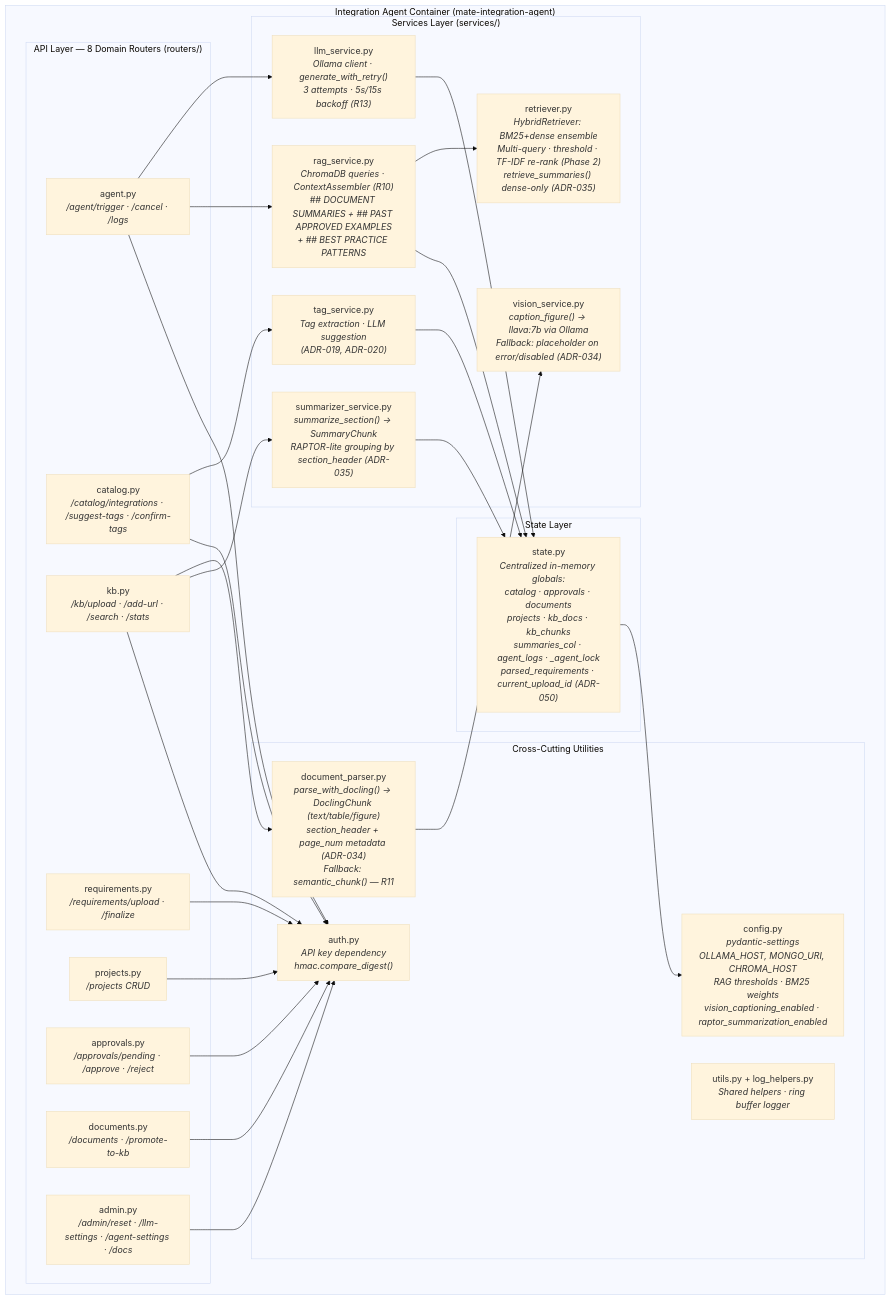
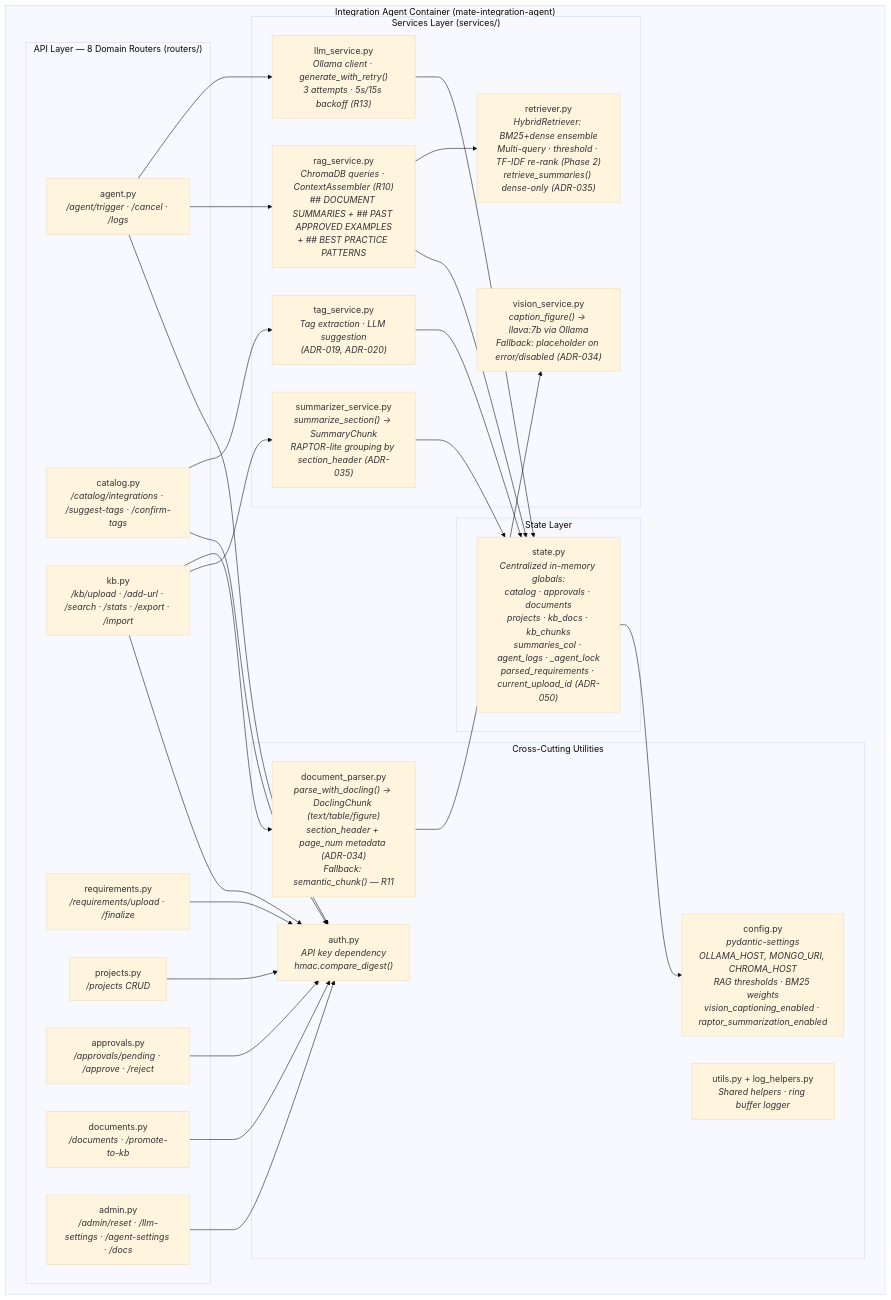
One commit to emigritti/mate-poc changed the third of 23 diagrams in docs/architecture_specification.md. Above: the diagram before and after it, drawn with Mermaid (base theme). The commit also changed other lines of this file and 8 other files, not shown here.

First line of the commit message:
feat(adr-051): add KB export/import with source-type filtering

````diff
--- a/docs/architecture_specification.md
+++ b/docs/architecture_specification.md
@@ -226,48 +226,48 @@
 ```mermaid
 graph TB
     subgraph agent_container["Integration Agent Container (mate-integration-agent)"]
 
         subgraph api_layer["API Layer — 8 Domain Routers (routers/)"]
             r_agent["agent.py<br/><i>/agent/trigger · /cancel · /logs</i>"]
             r_req["requirements.py<br/><i>/requirements/upload · /finalize</i>"]
             r_proj["projects.py<br/><i>/projects CRUD</i>"]
             r_cat["catalog.py<br/><i>/catalog/integrations · /suggest-tags · /confirm-tags</i>"]
             r_appr["approvals.py<br/><i>/approvals/pending · /approve · /reject</i>"]
             r_docs["documents.py<br/><i>/documents · /promote-to-kb</i>"]
-            r_kb["kb.py<br/><i>/kb/upload · /add-url · /search · /stats</i>"]
+            r_kb["kb.py<br/><i>/kb/upload · /add-url · /search · /stats · /export · /import</i>"]
             r_admin["admin.py<br/><i>/admin/reset · /llm-settings · /agent-settings · /docs</i>"]
         end
 
         subgraph svc_layer["Services Layer (services/)"]
             llm_svc["llm_service.py<br/><i>Ollama client · generate_with_retry()<br/>3 attempts · 5s/15s backoff (R13)</i>"]
             rag_svc["rag_service.py<br/><i>ChromaDB queries · ContextAssembler (R10)<br/>## DOCUMENT SUMMARIES + ## PAST APPROVED EXAMPLES<br/>+ ## BEST PRACTICE PATTERNS</i>"]
             tag_svc["tag_service.py<br/><i>Tag extraction · LLM suggestion<br/>(ADR-019, ADR-020)</i>"]
             retriever["retriever.py<br/><i>HybridRetriever: BM25+dense ensemble<br/>Multi-query · threshold · TF-IDF re-rank (Phase 2)<br/>retrieve_summaries() dense-only (ADR-035)</i>"]
             vision_svc["vision_service.py<br/><i>caption_figure() → llava:7b via Ollama<br/>Fallback: placeholder on error/disabled (ADR-034)</i>"]
             summarizer_svc["summarizer_service.py<br/><i>summarize_section() → SummaryChunk<br/>RAPTOR-lite grouping by section_header (ADR-035)</i>"]
         end
 
         subgraph state_layer["State Layer"]
             state["state.py<br/><i>Centralized in-memory globals:<br/>catalog · approvals · documents<br/>projects · kb_docs · kb_chunks<br/>summaries_col · agent_logs · _agent_lock<br/>parsed_requirements · current_upload_id (ADR-050)</i>"]
         end
 
         subgraph cross_cut["Cross-Cutting Utilities"]
             auth["auth.py<br/><i>API key dependency<br/>hmac.compare_digest()</i>"]
             config["config.py<br/><i>pydantic-settings<br/>OLLAMA_HOST, MONGO_URI, CHROMA_HOST<br/>RAG thresholds · BM25 weights<br/>vision_captioning_enabled · raptor_summarization_enabled</i>"]
             utils["utils.py + log_helpers.py<br/><i>Shared helpers · ring buffer logger</i>"]
             doc_parser["document_parser.py<br/><i>parse_with_docling() → DoclingChunk (text/table/figure)<br/>section_header + page_num metadata (ADR-034)<br/>Fallback: semantic_chunk() — R11</i>"]
         end
 
     end
 
     r_agent --> llm_svc
     r_agent --> rag_svc
     rag_svc --> retriever
     r_cat --> tag_svc
     r_kb --> doc_parser
     r_kb --> summarizer_svc
     doc_parser --> vision_svc
     llm_svc & rag_svc & tag_svc & summarizer_svc --> state
     r_agent & r_req & r_proj & r_cat & r_appr & r_docs & r_kb & r_admin --> auth
     state --> config
 ```
````
